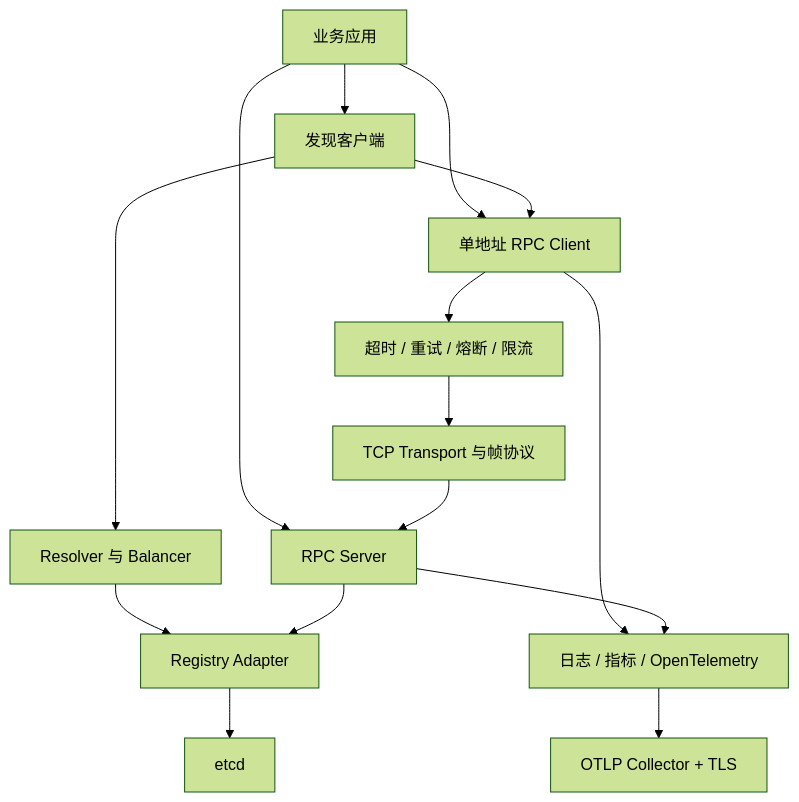
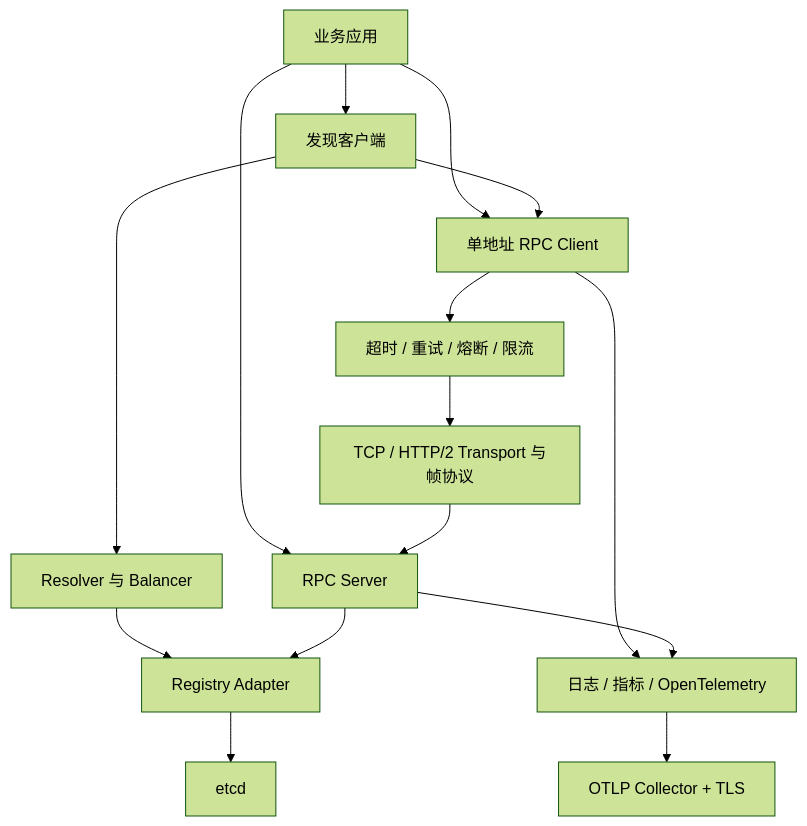
One commit to zjsycwmrbig/MiniRPC changed the diagram in docs/architecture.md. Above: the diagram before and after it, drawn with Mermaid (forest theme). The commit also changed other lines of this file and 7 other files, not shown here.

First line of the commit message:
docs(transport): document HTTP/2 unary transport

```diff
--- a/docs/architecture.md
+++ b/docs/architecture.md
@@ -21,29 +21,29 @@
 ~~~mermaid
 flowchart TB
     App[业务应用]
     Client[单地址 RPC Client]
     Discovery[发现客户端]
     Server[RPC Server]
     Resolver[Resolver 与 Balancer]
     Registry[Registry Adapter]
     Etcd[etcd]
     Governance[超时 / 重试 / 熔断 / 限流]
-    Transport[TCP Transport 与帧协议]
+    Transport[TCP / HTTP/2 Transport 与帧协议]
     Observe[日志 / 指标 / OpenTelemetry]
     Collector[OTLP Collector + TLS]
 
     App --> Client
     App --> Discovery
     App --> Server
     Discovery --> Resolver
     Discovery --> Client
     Client --> Governance
     Resolver --> Registry
     Registry --> Etcd
     Governance --> Transport
     Transport --> Server
     Server --> Registry
     Client --> Observe
     Server --> Observe
     Observe --> Collector
 ~~~
```
